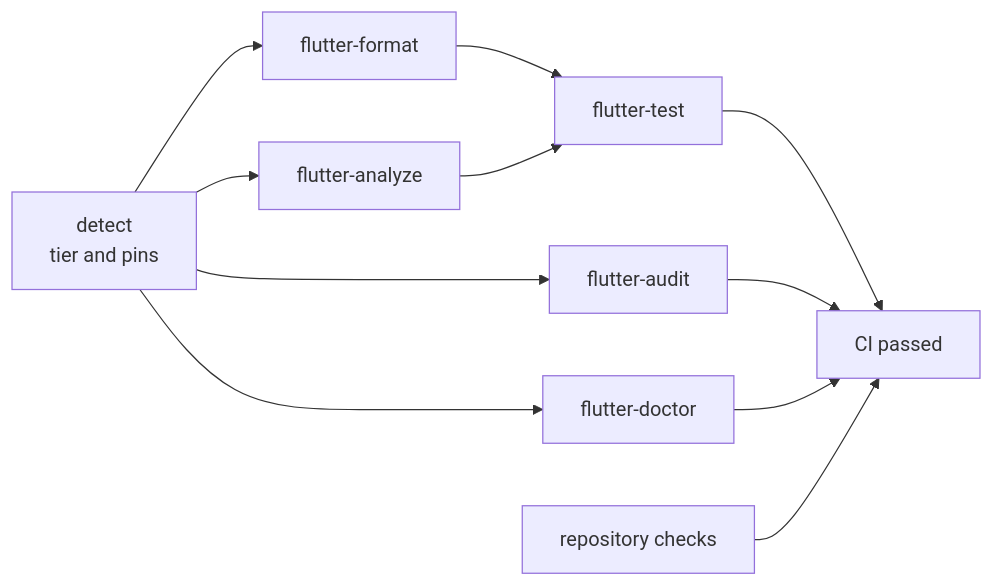
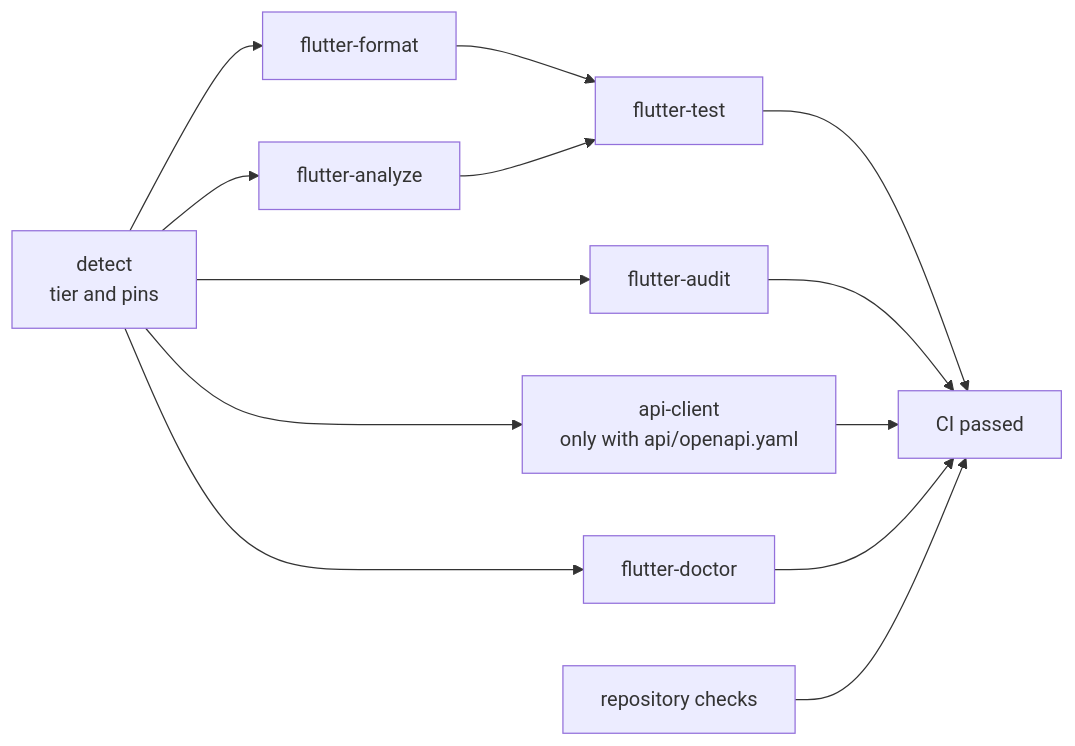
One commit to alihaidar0/flutter-template changed the ninth of 12 diagrams in README.md. Above: the diagram before and after it, drawn with Mermaid. The commit also changed other lines of this file and 9 other files, not shown here.

First line of the commit message:
feat(api): pin the backend API contract and check the generated client

````diff
--- a/README.md
+++ b/README.md
@@ -626,13 +649,15 @@
 ```mermaid
 flowchart LR
     DET["detect<br/>tier and pins"] --> FF["flutter-format"]
     DET --> FA["flutter-analyze"]
     DET --> AU["flutter-audit"]
     DET --> DR["flutter-doctor"]
+    DET --> AC["api-client<br/>only with api/openapi.yaml"]
     FF --> FT["flutter-test"]
     FA --> FT
     FT --> G["CI passed"]
     AU --> G
+    AC --> G
     DR --> G
     R["repository checks"] --> G
 ```
````
